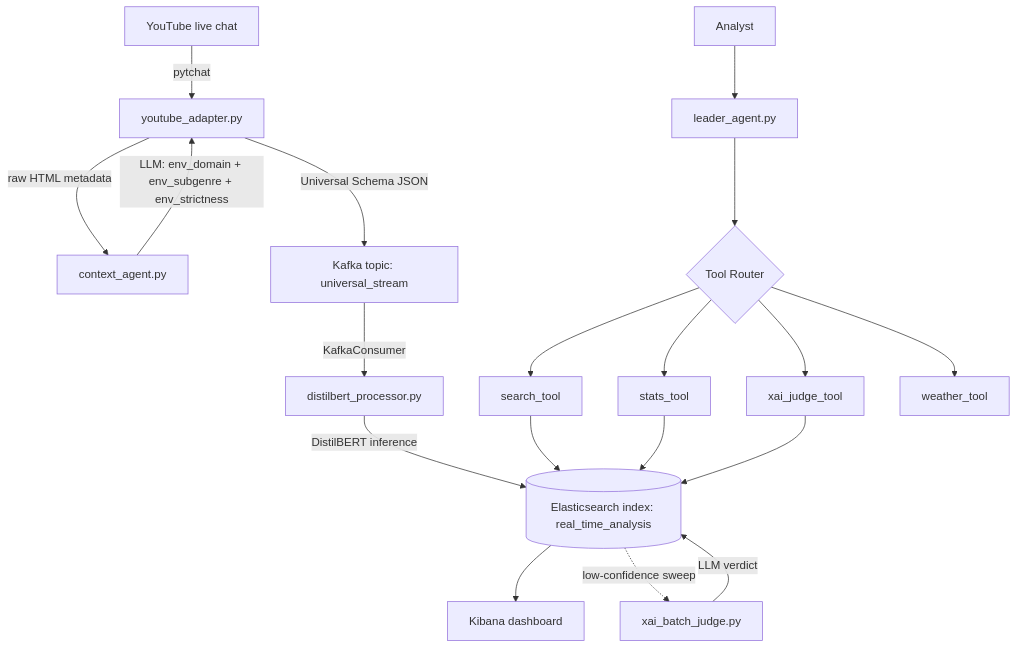
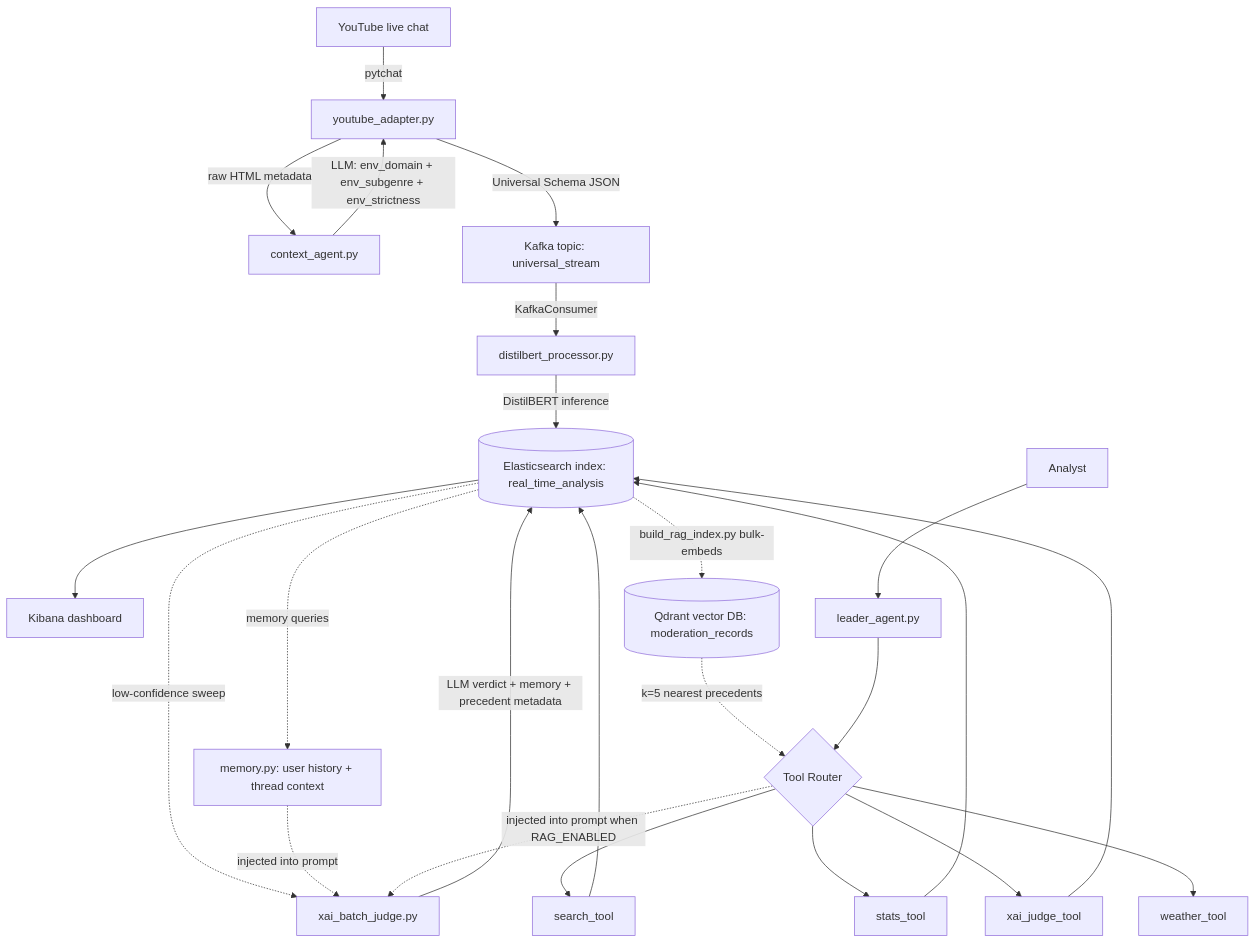
Before and after one commit to parsak4936/Real-Time-Hate-Speech-Detection: the diagram in docs/ARCHITECTURE.md, drawn with Mermaid. The commit also changed other lines of this file and 71 other files, not shown here.

Commit message:
Stage 3 complete: RAG + Memory evaluation (reports infrastructure); baseline 88.6%, RAG -0.34pp, memory -9.73pp

````diff
--- a/docs/ARCHITECTURE.md
+++ b/docs/ARCHITECTURE.md
@@ -34,21 +34,26 @@
 ```mermaid
 flowchart TD
     A[YouTube live chat] -->|pytchat| B[youtube_adapter.py]
     B -->|raw HTML metadata| C[context_agent.py]
     C -->|LLM: env_domain + env_subgenre + env_strictness| B
     B -->|Universal Schema JSON| K[Kafka topic: universal_stream]
     K -->|KafkaConsumer| P[distilbert_processor.py]
     P -->|DistilBERT inference| E[(Elasticsearch index: real_time_analysis)]
     E --> KB[Kibana dashboard]
     E -.->|low-confidence sweep| J[xai_batch_judge.py]
-    J -->|LLM verdict| E
+    M[memory.py: user history + thread context] -.->|injected into prompt| J
+    E -.->|memory queries| M
+    Q[(Qdrant vector DB: moderation_records)] -.->|k=5 nearest precedents| R[rag.py]
+    R -.->|injected into prompt when RAG_ENABLED| J
+    E -.->|build_rag_index.py bulk-embeds| Q
+    J -->|LLM verdict + memory + precedent metadata| E
     AN[Analyst] --> L[leader_agent.py]
     L --> R{Tool Router}
     R --> S1[search_tool]
     R --> S2[stats_tool]
     R --> S3[xai_judge_tool]
     R --> S4[weather_tool]
     S1 --> E
     S2 --> E
     S3 --> E
 ```
````
